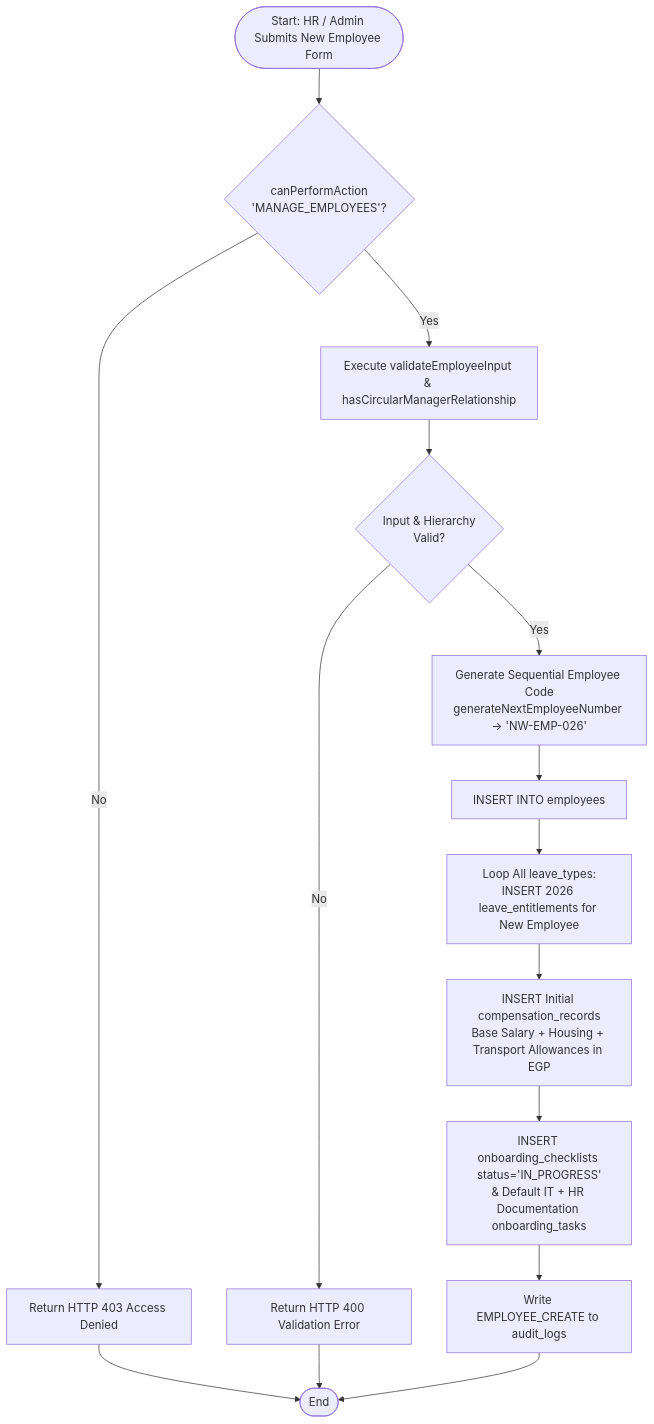
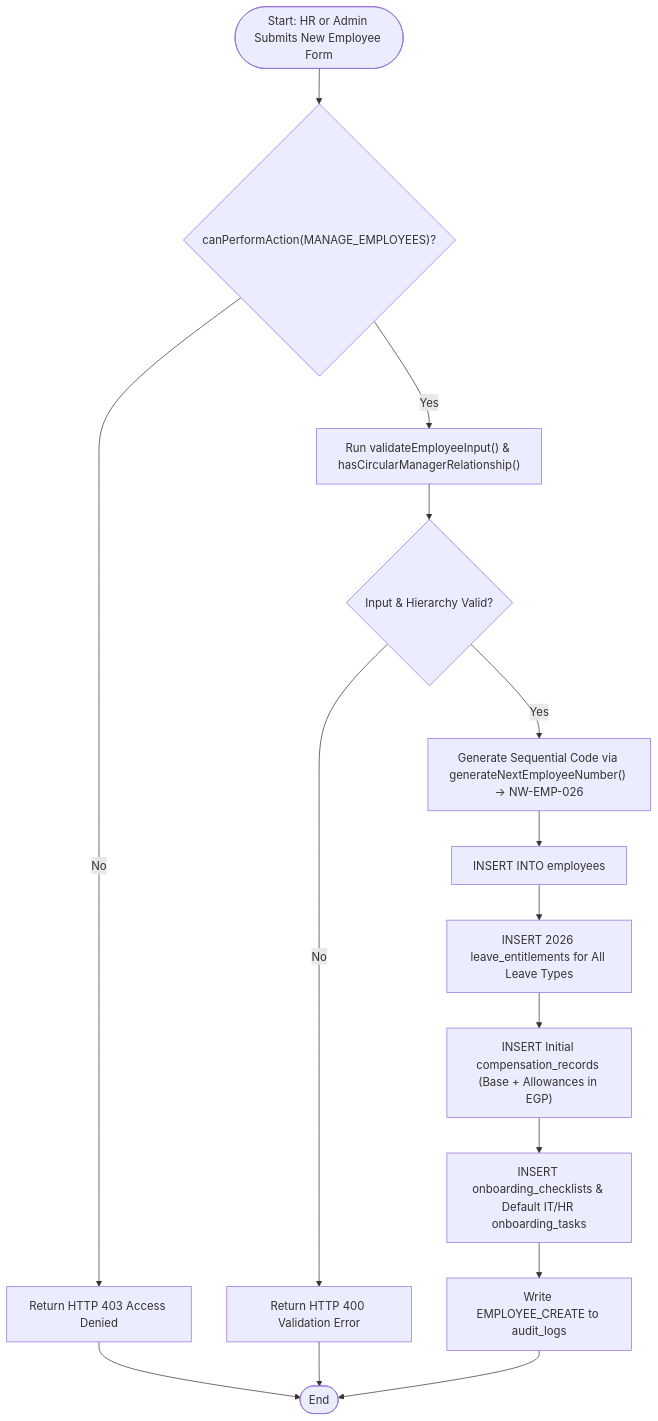
Before and after one commit to IbrahimAbdelsattar/employee-management-system: the fourth of 16 diagrams in README.md, drawn with Mermaid. The commit also changed other lines of this file and 1 other file, not shown here.

First line of the commit message:
docs: clean up UML diagram and README documentation

````diff
--- a/README.md
+++ b/README.md
@@ -254,15 +254,19 @@
 ```mermaid
 flowchart TD
-    Start([Start: HR / Admin Submits New Employee Form]) --> CheckRBAC{canPerformAction\n'MANAGE_EMPLOYEES'?}
-    CheckRBAC -- No --> Deny403[Return HTTP 403 Access Denied] --> End([End])
-    CheckRBAC -- Yes --> Validate[Execute validateEmployeeInput & hasCircularManagerRelationship]
-    Validate --> IsValid{Input & Hierarchy\nValid?}
-    IsValid -- No --> Err400[Return HTTP 400 Validation Error] --> End
-    IsValid -- Yes --> GenCode[Generate Sequential Employee Code\ngenerateNextEmployeeNumber -> 'NW-EMP-026']
-    GenCode --> InsertEmp[INSERT INTO employees]
-    InsertEmp --> ProvisionLeaves[Loop All leave_types:\nINSERT 2026 leave_entitlements for New Employee]
-    ProvisionLeaves --> ProvisionComp[INSERT Initial compensation_records\nBase Salary + Housing + Transport Allowances in EGP]
-    ProvisionComp --> ProvisionOnboard[INSERT onboarding_checklists status='IN_PROGRESS'\n& Default IT + HR Documentation onboarding_tasks]
-    ProvisionOnboard --> Audit[Write EMPLOYEE_CREATE to audit_logs]
-    Audit --> End
+    Start(["Start: HR or Admin Submits New Employee Form"]) --> CheckRBAC{"canPerformAction(MANAGE_EMPLOYEES)?"}
+    CheckRBAC -- "No" --> Deny403["Return HTTP 403 Access Denied"]
+    Deny403 --> EndNode(["End"])
+
+    CheckRBAC -- "Yes" --> Validate["Run validateEmployeeInput() & hasCircularManagerRelationship()"]
+    Validate --> IsValid{"Input & Hierarchy Valid?"}
+    IsValid -- "No" --> Err400["Return HTTP 400 Validation Error"]
+    Err400 --> EndNode
+
+    IsValid -- "Yes" --> GenCode["Generate Sequential Code via generateNextEmployeeNumber() -> NW-EMP-026"]
+    GenCode --> InsertEmp["INSERT INTO employees"]
+    InsertEmp --> ProvisionLeaves["INSERT 2026 leave_entitlements for All Leave Types"]
+    ProvisionLeaves --> ProvisionComp["INSERT Initial compensation_records (Base + Allowances in EGP)"]
+    ProvisionComp --> ProvisionOnboard["INSERT onboarding_checklists & Default IT/HR onboarding_tasks"]
+    ProvisionOnboard --> Audit["Write EMPLOYEE_CREATE to audit_logs"]
+    Audit --> EndNode
 ```
````
